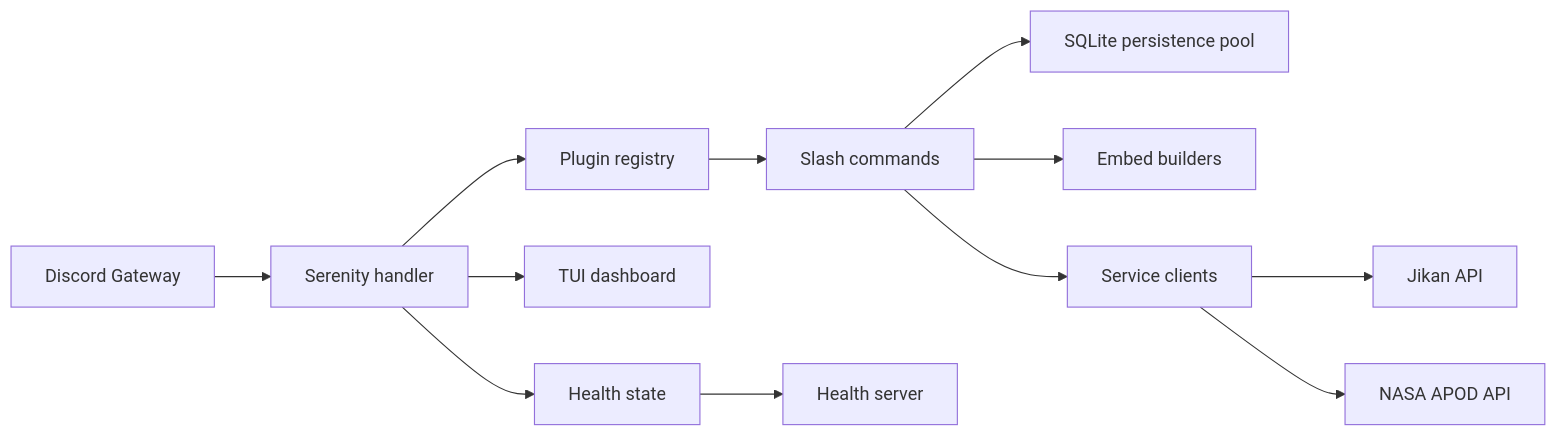
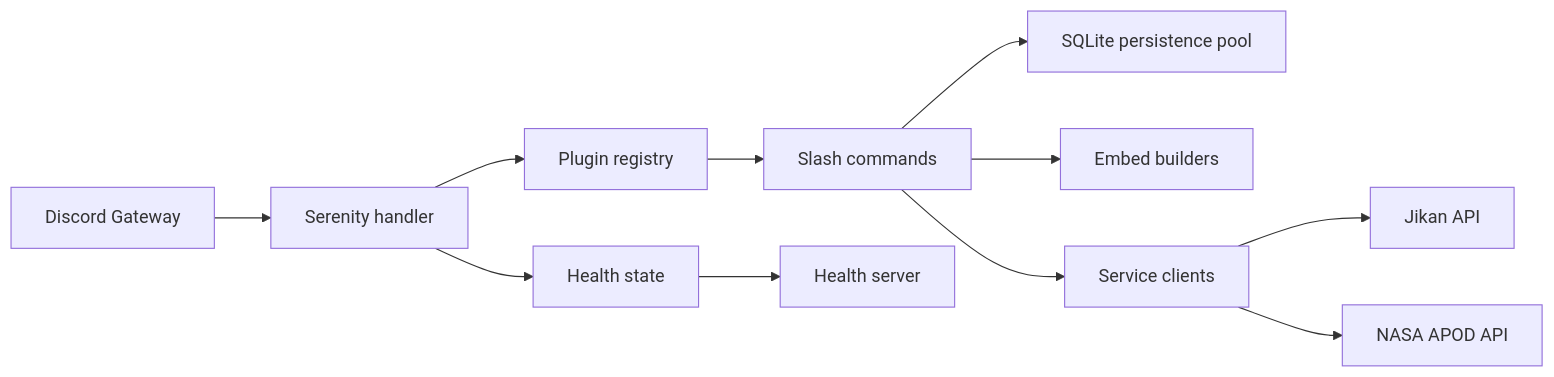
Before and after one commit to nathan2slime/seris: the diagram in docs/architecture.md, drawn with Mermaid. The commit also changed other lines of this file and 18 other files, not shown here.

````diff
--- a/docs/architecture.md
+++ b/docs/architecture.md
@@ -5,14 +5,13 @@
 ```mermaid
 flowchart LR
   Discord[Discord Gateway] --> Handler[Serenity handler]
   Handler --> Plugins[Plugin registry]
   Plugins --> Commands[Slash commands]
   Commands --> Database[SQLite persistence pool]
   Commands --> Embeds[Embed builders]
   Commands --> Services[Service clients]
   Services --> Jikan[Jikan API]
   Services --> NASA[NASA APOD API]
-  Handler --> Dashboard[TUI dashboard]
   Handler --> Health[Health state]
   Health --> HealthHTTP[Health server]
 ```
````
